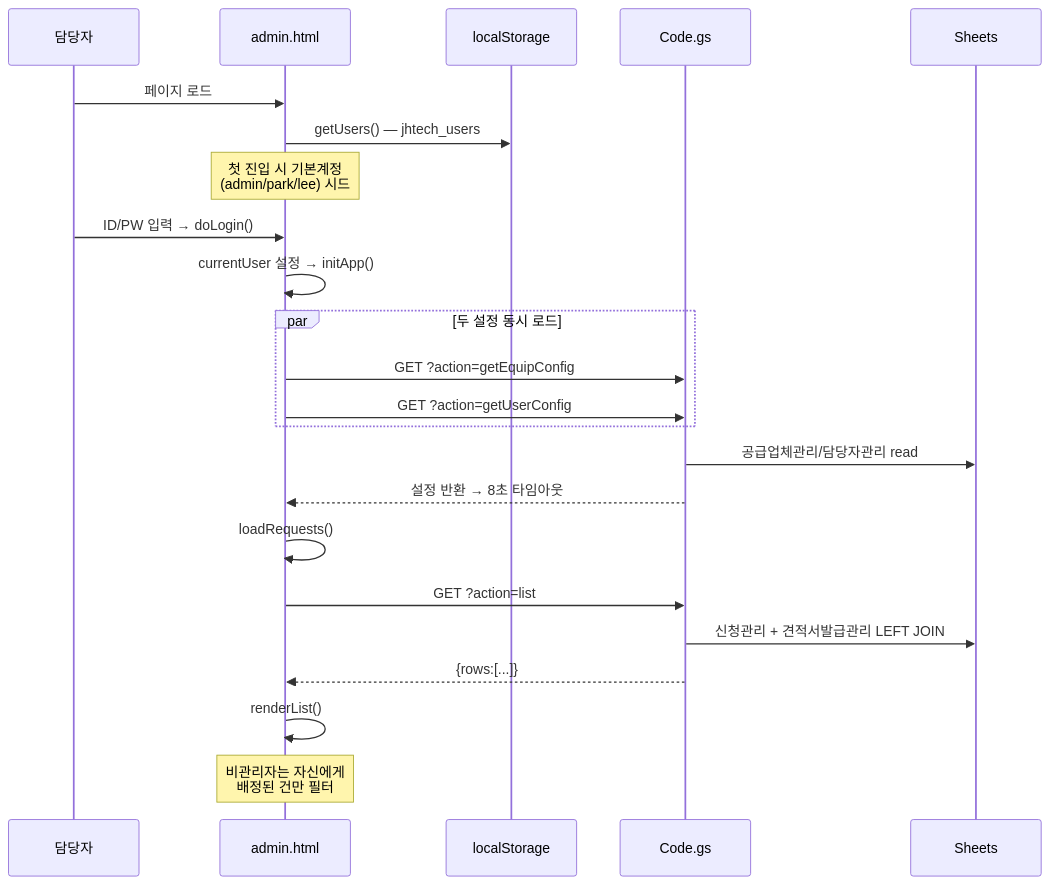
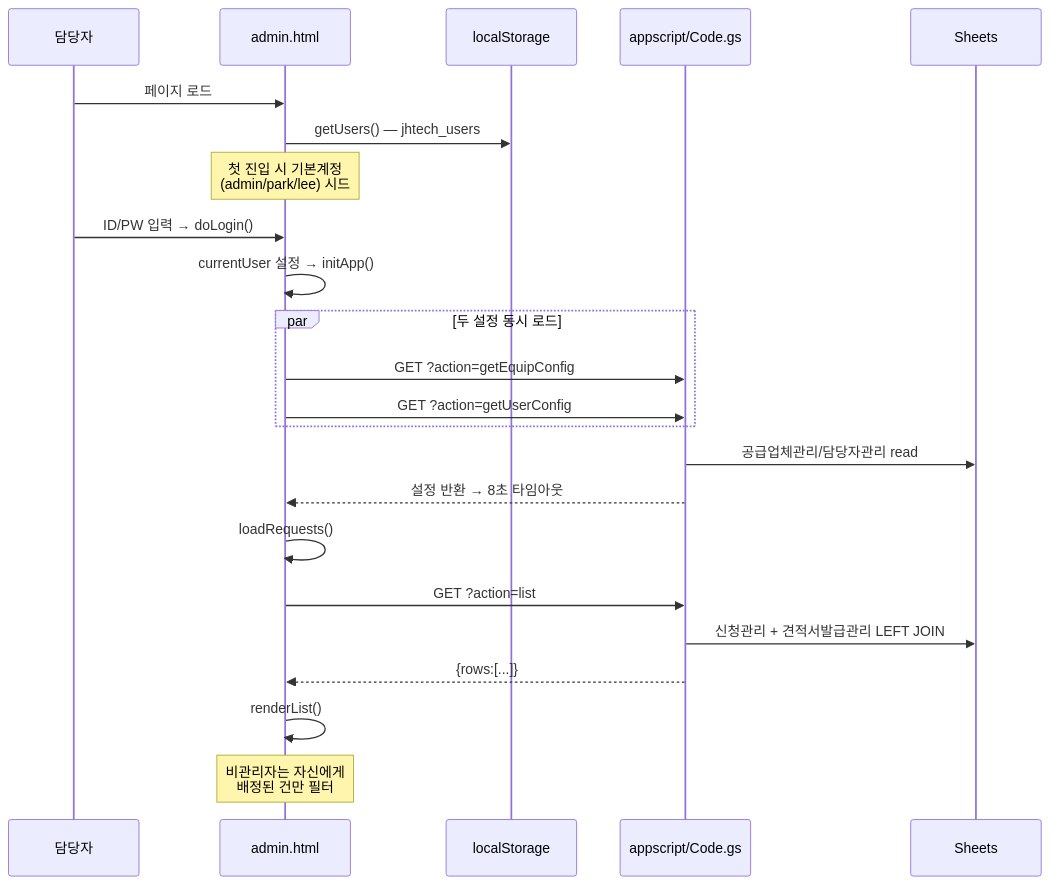
Before and after one commit to jhtechsmart-cloud/jhtechsmart: the third of 6 diagrams in docs/code-analysis.md, drawn with Mermaid. The commit also changed other lines of this file and 13 other files, not shown here.

````diff
--- a/docs/code-analysis.md
+++ b/docs/code-analysis.md
@@ -110,26 +110,26 @@
 ```mermaid
 sequenceDiagram
   participant U as 담당자
   participant A as admin.html
   participant LS as localStorage
-  participant GAS as Code.gs
+  participant GAS as appscript/Code.gs
   participant S as Sheets
 
   U->>A: 페이지 로드
   A->>LS: getUsers() — jhtech_users
   Note over A: 첫 진입 시 기본계정<br/>(admin/park/lee) 시드
   U->>A: ID/PW 입력 → doLogin()
   A->>A: currentUser 설정 → initApp()
   par 두 설정 동시 로드
     A->>GAS: GET ?action=getEquipConfig
     A->>GAS: GET ?action=getUserConfig
   end
   GAS->>S: 공급업체관리/담당자관리 read
   GAS-->>A: 설정 반환 → 8초 타임아웃
   A->>A: loadRequests()
   A->>GAS: GET ?action=list
   GAS->>S: 신청관리 + 견적서발급관리 LEFT JOIN
   GAS-->>A: {rows:[...]}
   A->>A: renderList()
   Note over A: 비관리자는 자신에게<br/>배정된 건만 필터
 ```
````
